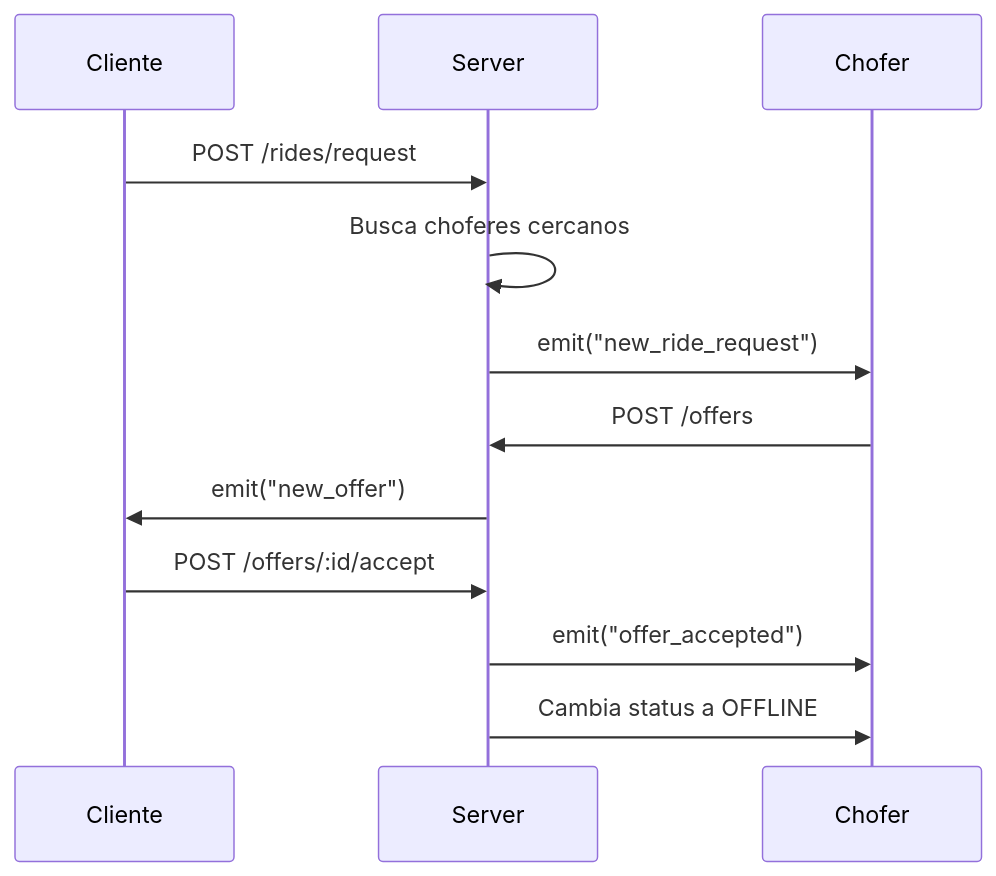
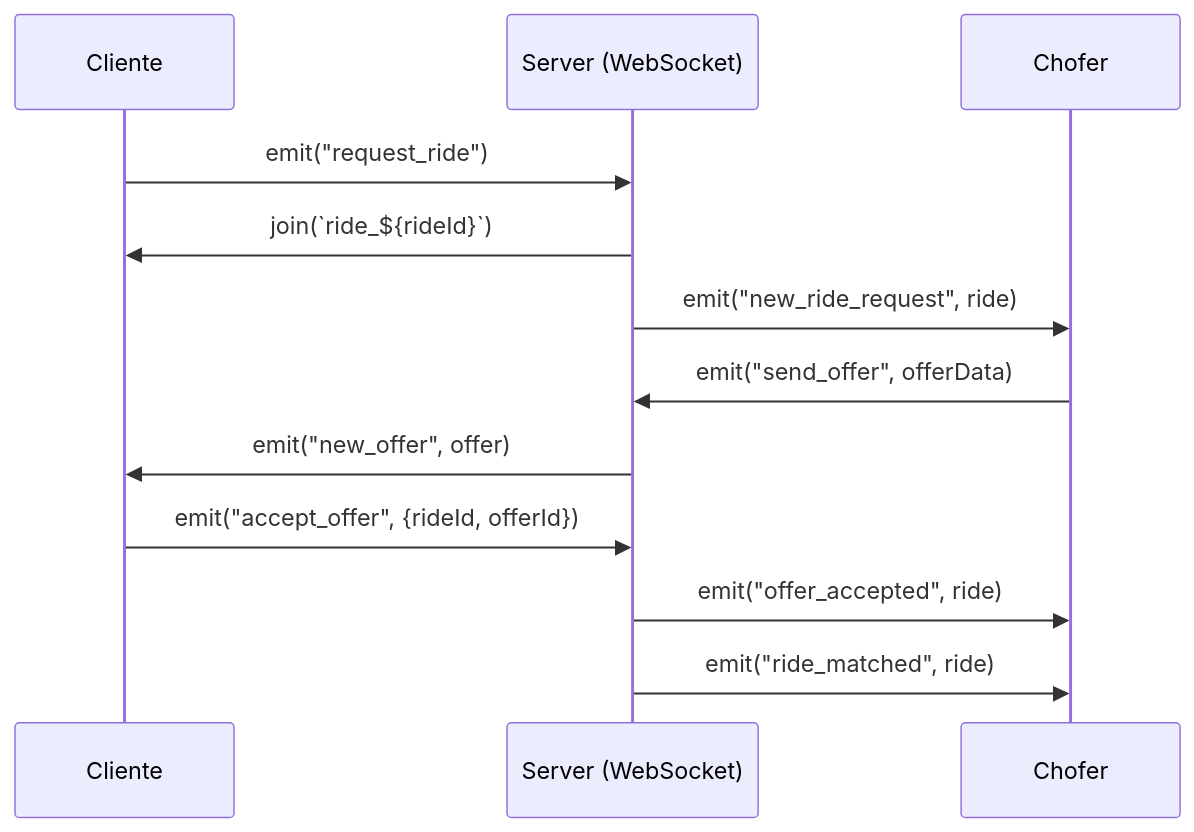
The third of 5 diagrams in notion-docs/03-technical-architecture.md (GalvanAlexis/remis-app), drawn with Mermaid before and after one commit. The commit also changed other lines of this file and 2 other files, not shown here.

````diff
--- a/notion-docs/03-technical-architecture.md
+++ b/notion-docs/03-technical-architecture.md
@@ -556,15 +476,15 @@
 ```mermaid
 sequenceDiagram
     participant C as Cliente
-    participant S as Server
+    participant S as Server (WebSocket)
     participant D as Chofer
 
-    C->>S: POST /rides/request
-    S->>S: Busca choferes cercanos
-    S->>D: emit("new_ride_request")
-    D->>S: POST /offers
-    S->>C: emit("new_offer")
-    C->>S: POST /offers/:id/accept
-    S->>D: emit("offer_accepted")
-    S->>D: Cambia status a OFFLINE
+    C->>S: emit("request_ride")
+    S->>C: join(`ride_${rideId}`)
+    S->>D: emit("new_ride_request", ride)
+    D->>S: emit("send_offer", offerData)
+    S->>C: emit("new_offer", offer)
+    C->>S: emit("accept_offer", {rideId, offerId})
+    S->>D: emit("offer_accepted", ride)
+    S->>D: emit("ride_matched", ride)
 ```
````
